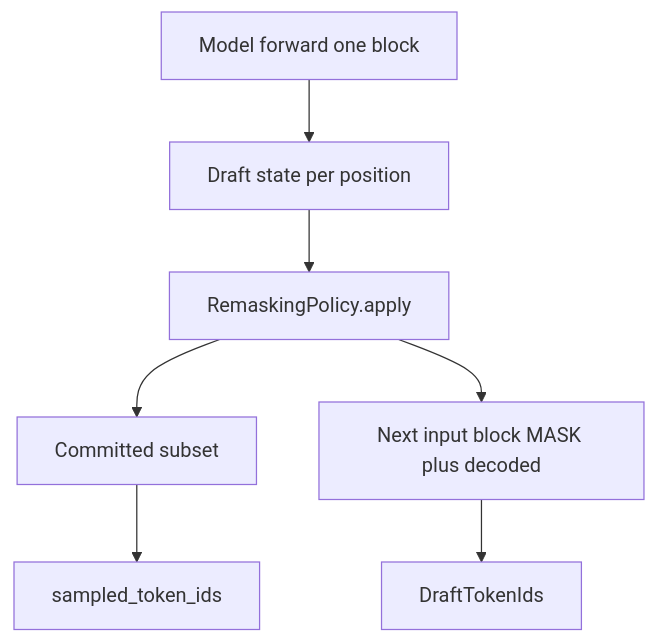
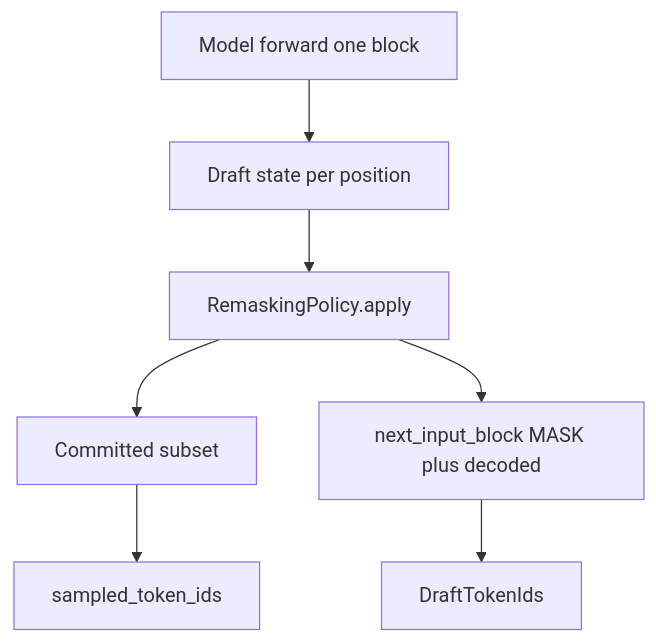
One commit to vllm-project/dllm-plugin changed the fourth of 4 diagrams in docs/DESIGN_MVP.md. Above: the diagram before and after it, drawn with Mermaid. The commit also changed other lines of this file and 9 other files, not shown here.

````diff
--- a/docs/DESIGN_MVP.md
+++ b/docs/DESIGN_MVP.md
@@ -170,11 +172,11 @@
 ```mermaid
 flowchart TB
   Forward[Model forward one block]
   State[Draft state per position]
   Forward --> State
   State --> Policy[RemaskingPolicy.apply]
   Policy --> Committed[Committed subset]
-  Policy --> NextInput[Next input block MASK plus decoded]
+  Policy --> NextInput[next_input_block MASK plus decoded]
   Committed --> OutSched[sampled_token_ids]
   NextInput --> OutDraft[DraftTokenIds]
 ```
````
